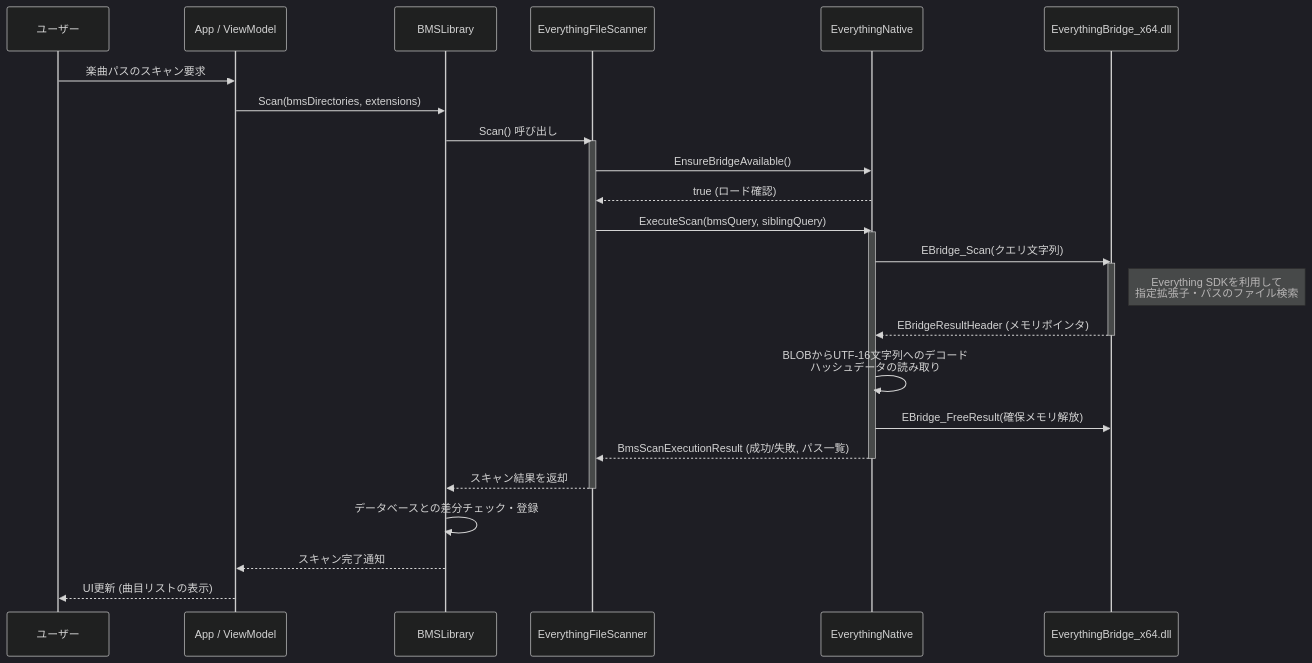
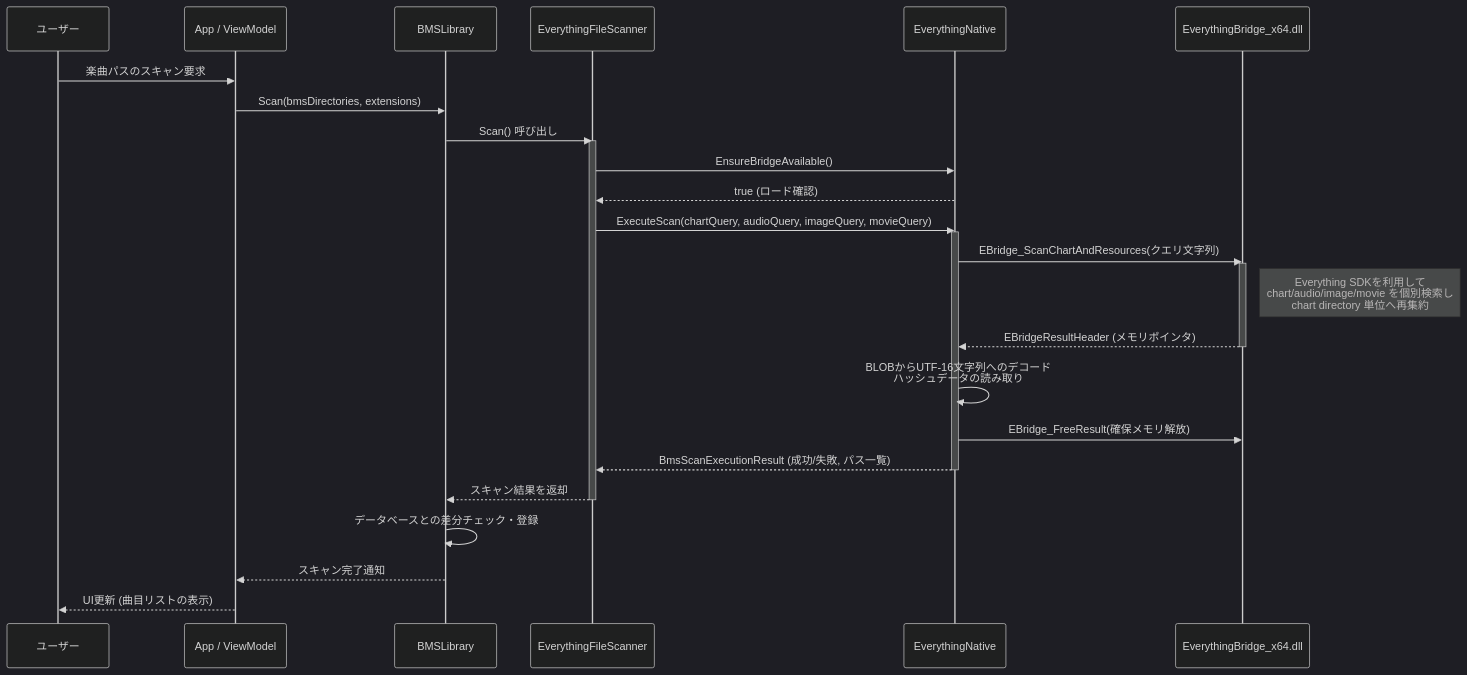
Before and after one commit to Neeted/bemusicseeker-unofficial-fork: the second of 2 diagrams in devdocs/spec/TECH_SPEC.ja.md, drawn with Mermaid (dark theme). The commit also changed other lines of this file and 28 other files, not shown here.

````diff
--- a/devdocs/spec/TECH_SPEC.ja.md
+++ b/devdocs/spec/TECH_SPEC.ja.md
@@ -57,40 +57,40 @@
 ```mermaid
 sequenceDiagram
     participant User as ユーザー
     participant App as App / ViewModel
     participant BMSLib as BMSLibrary
     participant EScanner as EverythingFileScanner
     participant ENative as EverythingNative
     participant EBridge as EverythingBridge_x64.dll
     
     User->>App: 楽曲パスのスキャン要求
     App->>BMSLib: Scan(bmsDirectories, extensions)
     
     BMSLib->>EScanner: Scan() 呼び出し
     activate EScanner
     
     EScanner->>ENative: EnsureBridgeAvailable()
     ENative-->>EScanner: true (ロード確認)
     
-    EScanner->>ENative: ExecuteScan(bmsQuery, siblingQuery)
+    EScanner->>ENative: ExecuteScan(chartQuery, audioQuery, imageQuery, movieQuery)
     activate ENative
     
-    ENative->>EBridge: EBridge_Scan(クエリ文字列)
+    ENative->>EBridge: EBridge_ScanChartAndResources(クエリ文字列)
     activate EBridge
-    Note right of EBridge: Everything SDKを利用して<br/>指定拡張子・パスのファイル検索
+    Note right of EBridge: Everything SDKを利用して<br/>chart/audio/image/movie を個別検索し<br/>chart directory 単位へ再集約
     EBridge-->>ENative: EBridgeResultHeader (メモリポインタ)
     deactivate EBridge
     
     ENative->>ENative: BLOBからUTF-16文字列へのデコード<br/>ハッシュデータの読み取り
     ENative->>EBridge: EBridge_FreeResult(確保メモリ解放)
     
     ENative-->>EScanner: BmsScanExecutionResult (成功/失敗, パス一覧)
     deactivate ENative
     
     EScanner-->>BMSLib: スキャン結果を返却
     deactivate EScanner
     
     BMSLib->>BMSLib: データベースとの差分チェック・登録
     BMSLib-->>App: スキャン完了通知
     App-->>User: UI更新 (曲目リストの表示)
 ```
````
